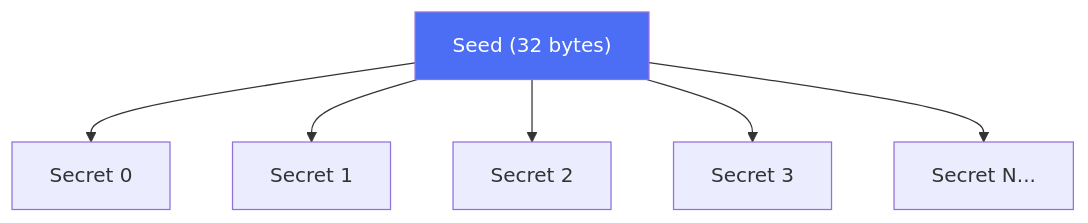
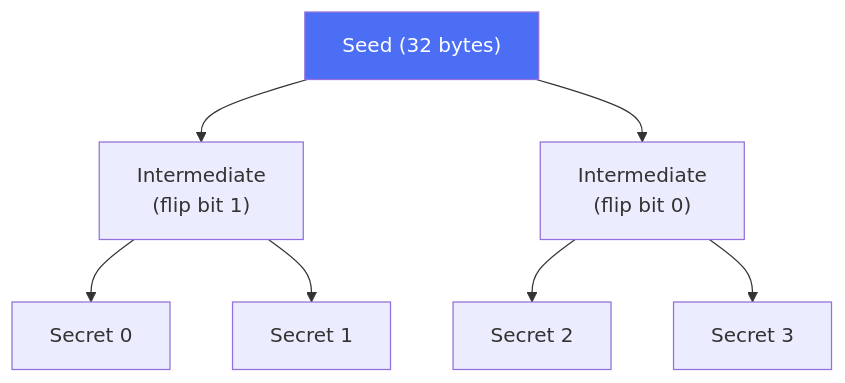
The third of 3 diagrams in core-concepts/shachain-revocation.md (8144225309/superscalar-docs), drawn with Mermaid before and after one commit. The commit also changed other lines of this file and 31 other files, not shown here.

````diff
--- a/core-concepts/shachain-revocation.md
+++ b/core-concepts/shachain-revocation.md
@@ -66,10 +68,11 @@
 ```mermaid
 graph TD
-    S["Seed (32 bytes)"] --> S0["Secret 0"]
-    S --> S1["Secret 1"]
-    S --> S2["Secret 2"]
-    S --> S3["Secret 3"]
-    S --> SN["Secret N..."]
+    S["Seed (32 bytes)"] --> I0["Intermediate<br/>(flip bit 1)"]
+    S --> I1["Intermediate<br/>(flip bit 0)"]
+    I0 --> S0["Secret 0"]
+    I0 --> S1["Secret 1"]
+    I1 --> S2["Secret 2"]
+    I1 --> S3["Secret 3"]
 
     style S fill:#4c6ef5,color:#fff
 ```
````
